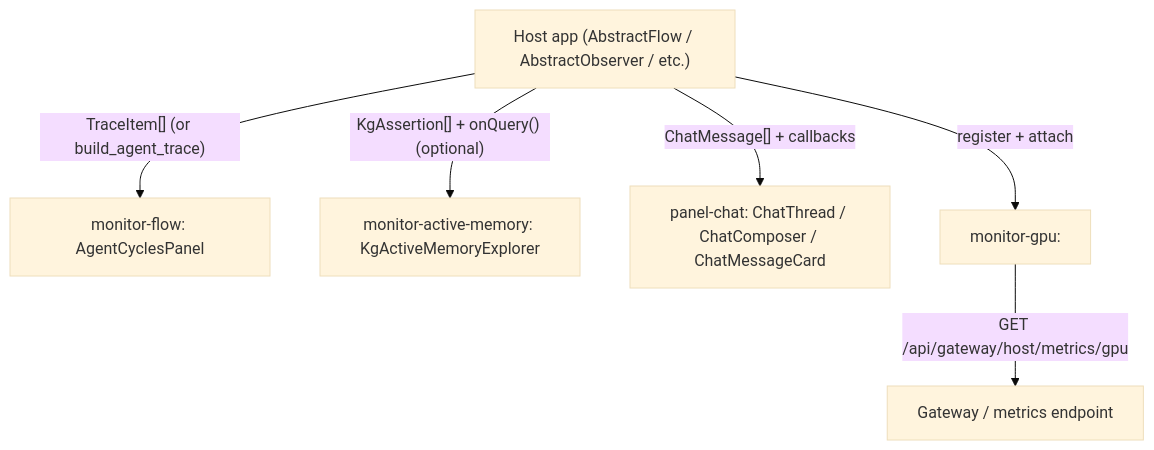
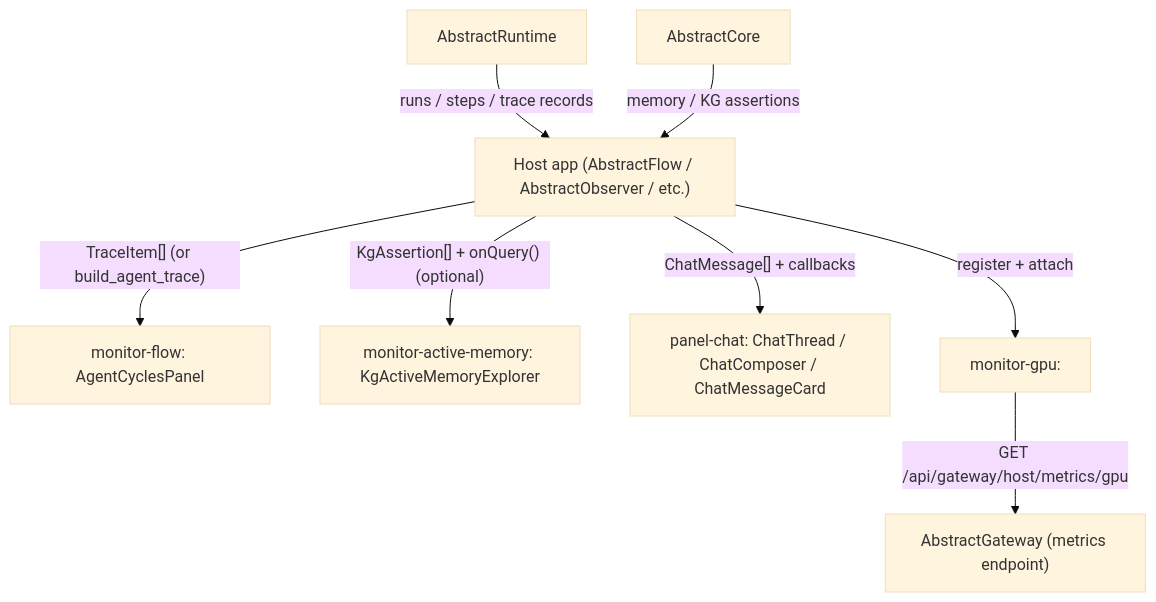
Before and after one commit to lpalbou/AbstractUIC: the second of 2 diagrams in docs/architecture.md, drawn with Mermaid (base theme). The commit also changed other lines of this file and 17 other files, not shown here.

````diff
--- a/docs/architecture.md
+++ b/docs/architecture.md
@@ -40,11 +46,16 @@
 ```mermaid
 flowchart TD
+  Runtime["AbstractRuntime"]
+  Core["AbstractCore"]
   Host["Host app (AbstractFlow / AbstractObserver / etc.)"]
+
+  Runtime -->|"runs / steps / trace records"| Host
+  Core -->|"memory / KG assertions"| Host
 
   Host -->|"TraceItem[] (or build_agent_trace)"| FlowPanel["monitor-flow: AgentCyclesPanel"]
   Host -->|"KgAssertion[] + onQuery() (optional)"| AMXPanel["monitor-active-memory: KgActiveMemoryExplorer"]
   Host -->|"ChatMessage[] + callbacks"| ChatUI["panel-chat: ChatThread / ChatComposer / ChatMessageCard"]
 
   Host -->|"register + attach <monitor-gpu>"| GPUWidget["monitor-gpu: <monitor-gpu>"]
-  GPUWidget -->|"GET /api/gateway/host/metrics/gpu"| Metrics["Gateway / metrics endpoint"]
+  GPUWidget -->|"GET /api/gateway/host/metrics/gpu"| Metrics["AbstractGateway (metrics endpoint)"]
 ```
````
